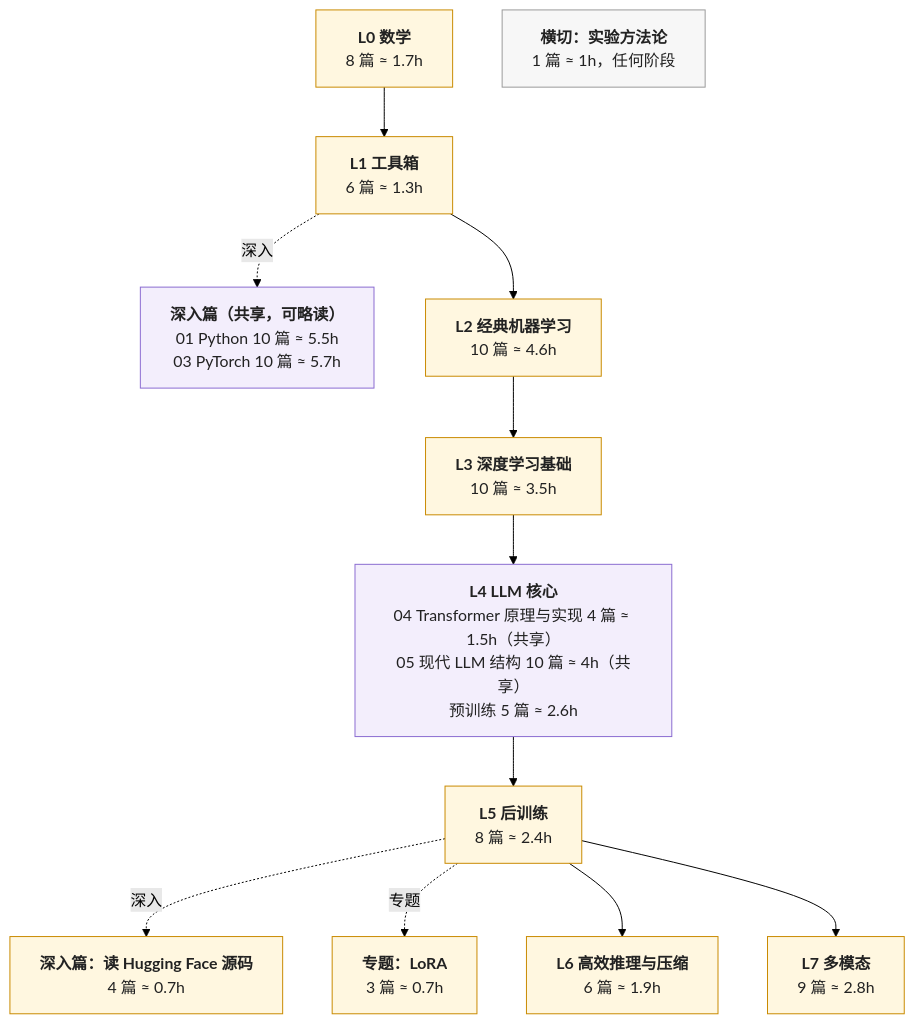
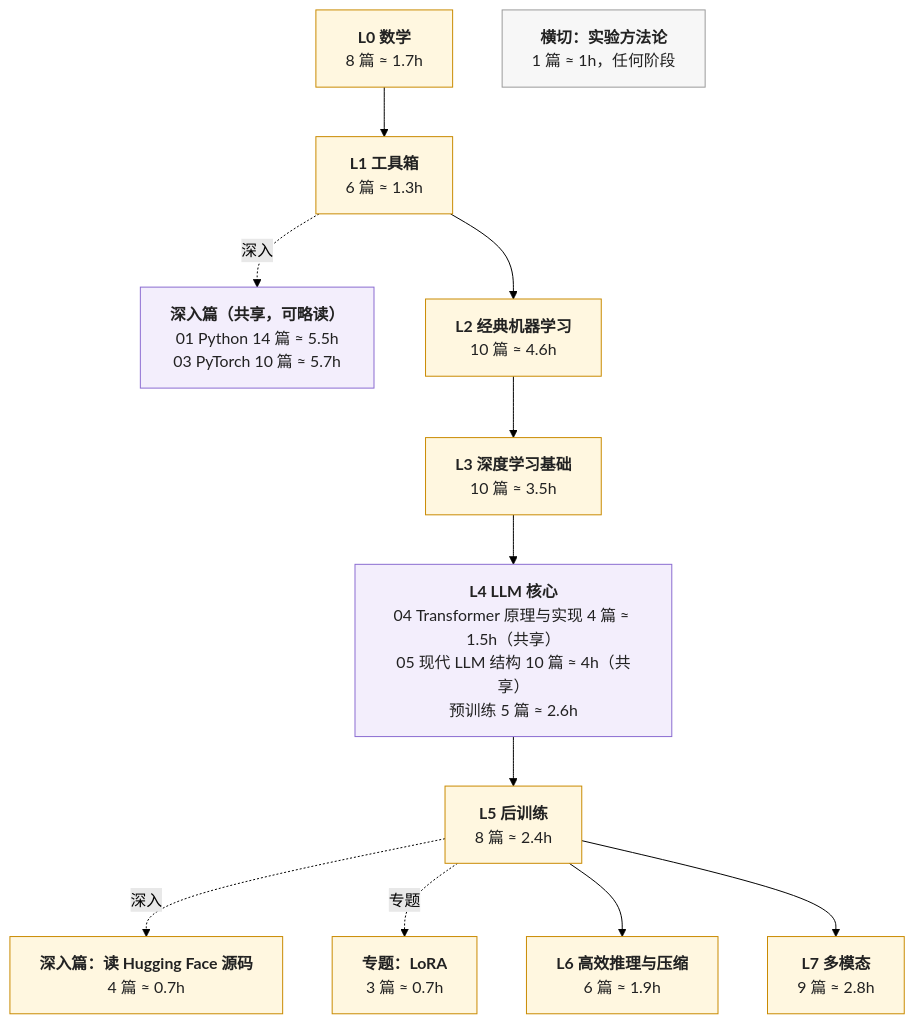
The second of 2 diagrams in _posts/2026-01-02-ai-algorithm-engineer-learning-roadmap.md (arganzheng/arganzheng.github.com), drawn with Mermaid (forest theme) before and after one commit. The commit also changed 24 other files, not shown here.

````diff
--- a/_posts/2026-01-02-ai-algorithm-engineer-learning-roadmap.md
+++ b/_posts/2026-01-02-ai-algorithm-engineer-learning-roadmap.md
@@ -89,45 +89,45 @@
 ```mermaid
 %%{init: {"flowchart": {"wrappingWidth": 260}}}%%
 %% 图：学习路径：L0–L7 八层加横切，紫色两处与 Infra 地图共享
 flowchart TB
     L0["`**L0 数学**
 8 篇 ≈ 1.7h`"]
     L1["`**L1 工具箱**
 6 篇 ≈ 1.3h`"]
     D["`**深入篇（共享，可略读）**
-01 Python 10 篇 ≈ 5.5h
+01 Python 14 篇 ≈ 5.5h
 03 PyTorch 10 篇 ≈ 5.7h`"]
     L2["`**L2 经典机器学习**
 10 篇 ≈ 4.6h`"]
     L3["`**L3 深度学习基础**
 10 篇 ≈ 3.5h`"]
     L4["`**L4 LLM 核心**
 04 Transformer 原理与实现 4 篇 ≈ 1.5h（共享）
 05 现代 LLM 结构 10 篇 ≈ 4h（共享）
 预训练 5 篇 ≈ 2.6h`"]
     L5["`**L5 后训练**
 8 篇 ≈ 2.4h`"]
     H["`**深入篇：读 Hugging Face 源码**
 4 篇 ≈ 0.7h`"]
     LR["`**专题：LoRA**
 3 篇 ≈ 0.7h`"]
     L6["`**L6 高效推理与压缩**
 6 篇 ≈ 1.9h`"]
     L7["`**L7 多模态**
 9 篇 ≈ 2.8h`"]
     X["`**横切：实验方法论**
 1 篇 ≈ 1h，任何阶段`"]
     L0 --> L1 --> L2 --> L3 --> L4 --> L5
     L1 -. 深入 .-> D
     L5 -. 深入 .-> H
     L5 -. 专题 .-> LR
     L5 --> L6
     L5 --> L7
 
     classDef algo fill:#fff7e0,stroke:#c98a00,stroke-width:1px,color:#222
     classDef shared fill:#f3eefc,stroke:#8a6bd1,stroke-width:1px,color:#222
     classDef cross fill:#f7f7f7,stroke:#999,stroke-width:1px,color:#222
     class L0,L1,L2,L3,L5,L6,L7,H,LR algo
     class D,L4 shared
     class X cross
 ```
````
